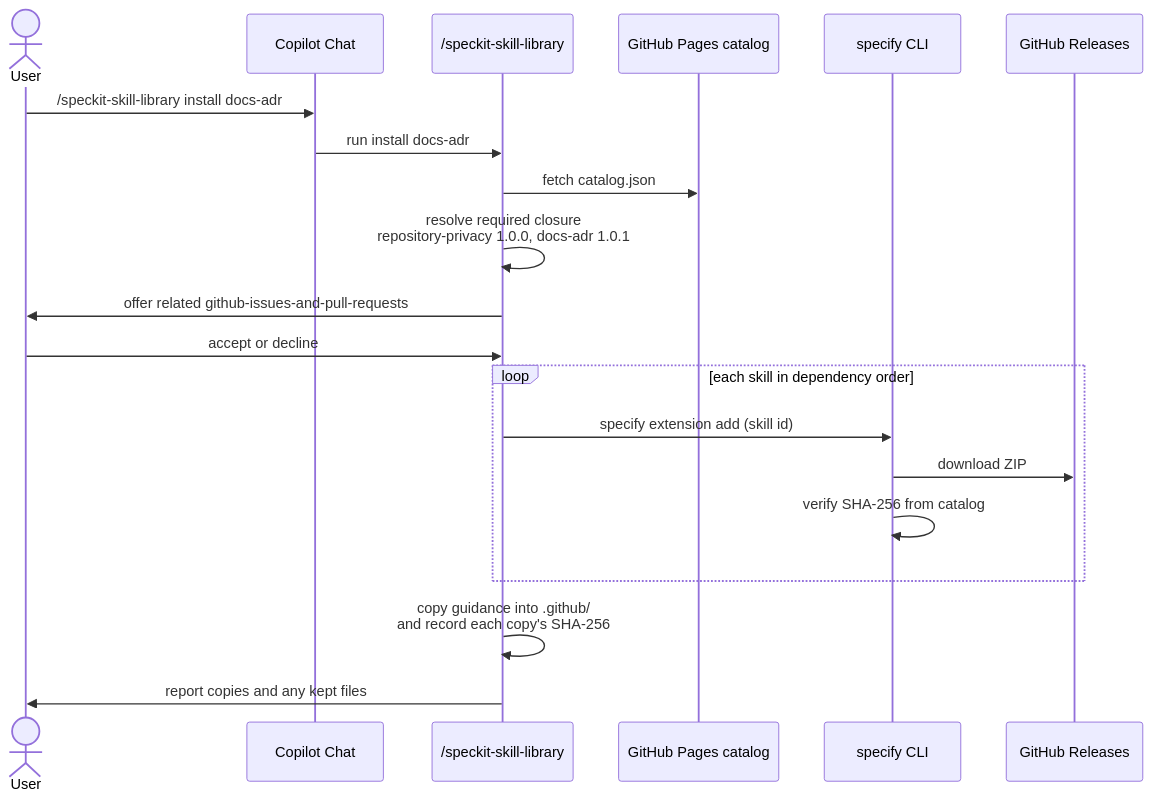
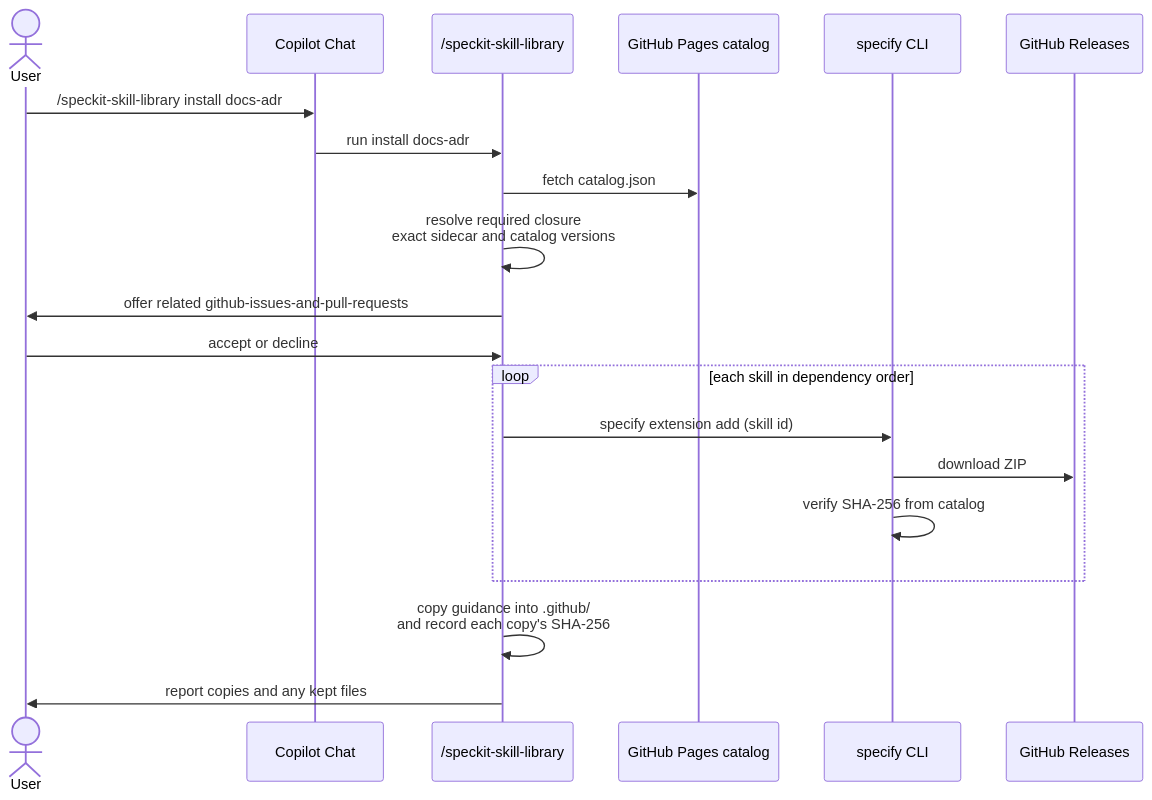
One commit to f2calv/.github changed the sixth of 7 diagrams in docs/architecture.md. Above: the diagram before and after it, drawn with Mermaid. The commit also changed other lines of this file and 24 other files, not shown here.

````diff
--- a/docs/architecture.md
+++ b/docs/architecture.md
@@ -173,23 +177,23 @@
 ```mermaid
 sequenceDiagram
     actor User
     participant Chat as Copilot Chat
     participant Cmd as /speckit-skill-library
     participant Catalog as GitHub Pages catalog
     participant Specify as specify CLI
     participant Releases as GitHub Releases
 
     User->>Chat: /speckit-skill-library install docs-adr
     Chat->>Cmd: run install docs-adr
     Cmd->>Catalog: fetch catalog.json
-    Cmd->>Cmd: resolve required closure<br/>repository-privacy 1.0.0, docs-adr 1.0.1
+    Cmd->>Cmd: resolve required closure<br/>exact sidecar and catalog versions
     Cmd->>User: offer related github-issues-and-pull-requests
     User->>Cmd: accept or decline
     loop each skill in dependency order
         Cmd->>Specify: specify extension add (skill id)
         Specify->>Releases: download ZIP
         Specify->>Specify: verify SHA-256 from catalog
     end
     Cmd->>Cmd: copy guidance into .github/<br/>and record each copy's SHA-256
     Cmd->>User: report copies and any kept files
 ```
````
